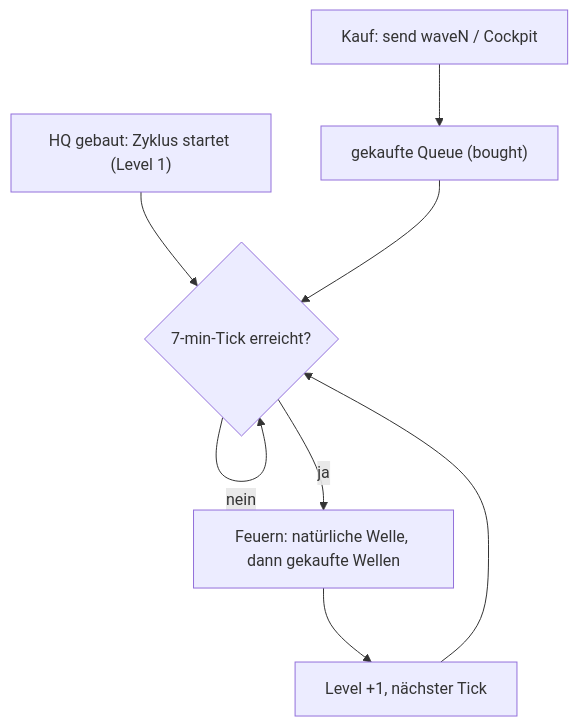
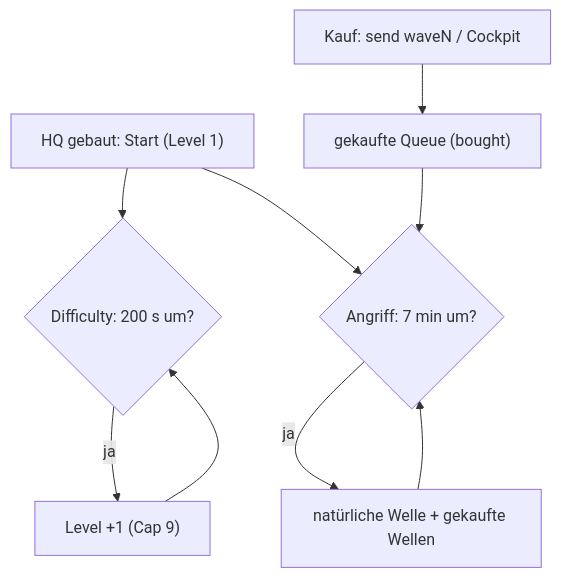
The diagram in docs/CORE_LOOP.md (momokli/riftbreaker-battle-mod), drawn with Mermaid before and after one commit. The commit also changed other lines of this file and 1 other file, not shown here.

First line of the commit message:
docs(core-loop): Difficulty-Timer (#778) entkoppelt dokumentieren

````diff
--- a/docs/CORE_LOOP.md
+++ b/docs/CORE_LOOP.md
@@ -17,10 +20,11 @@
 ```mermaid
 flowchart TD
-    A["HQ gebaut: Zyklus startet (Level 1)"] --> B{"7-min-Tick erreicht?"}
-    B -- nein --> B
-    B -- ja --> C["Feuern: natürliche Welle, dann gekaufte Wellen"]
-    C --> D["Level +1, nächster Tick"]
-    D --> B
+    A["HQ gebaut: Start (Level 1)"] --> D{"Difficulty: 200 s um?"}
+    D -- ja --> D1["Level +1 (Cap 9)"]
+    D1 --> D
+    A --> W{"Angriff: 7 min um?"}
+    W -- ja --> F["natürliche Welle + gekaufte Wellen"]
+    F --> W
     K["Kauf: send waveN / Cockpit"] --> Q["gekaufte Queue (bought)"]
-    Q --> B
+    Q --> W
 ```
````
